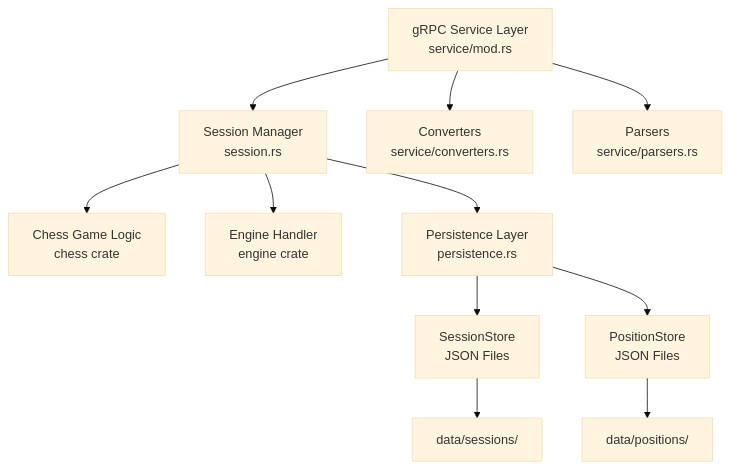
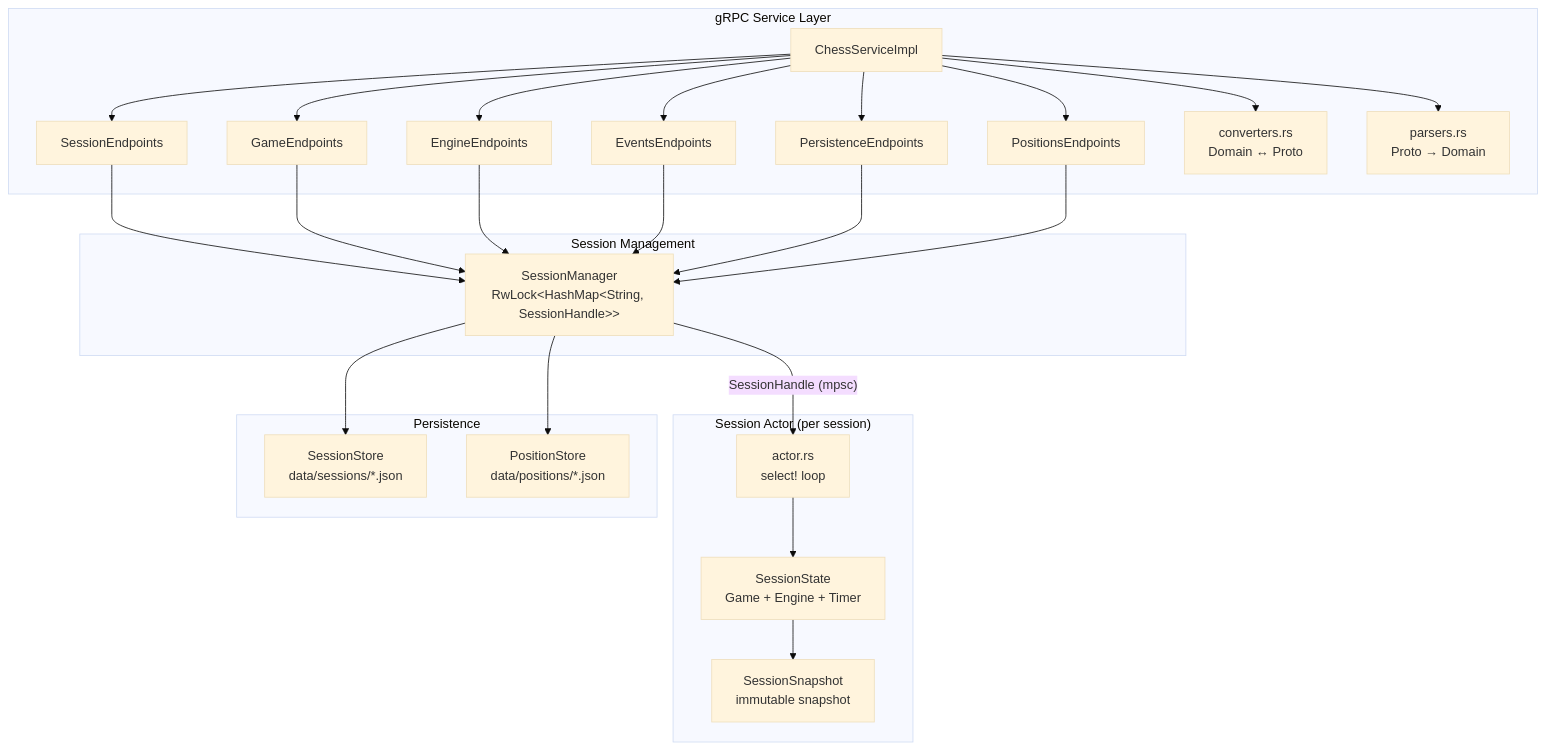
Before and after one commit to benediktms/chesstty: the diagram in server/README.md, drawn with Mermaid (base theme). The commit also changed other lines of this file and 6 other files, not shown here.

````diff
--- a/server/README.md
+++ b/server/README.md
@@ -9,13 +9,37 @@
 ```mermaid
 graph TB
-    gRPC[gRPC Service Layer<br/>service/mod.rs] --> SM[Session Manager<br/>session.rs]
-    gRPC --> Conv[Converters<br/>service/converters.rs]
-    gRPC --> Parse[Parsers<br/>service/parsers.rs]
-    SM --> Game[Chess Game Logic<br/>chess crate]
-    SM --> Engine[Engine Handler<br/>engine crate]
-    SM --> Persist[Persistence Layer<br/>persistence.rs]
-    Persist --> SS[SessionStore<br/>JSON Files]
-    Persist --> PS[PositionStore<br/>JSON Files]
-    SS --> FS1[data/sessions/]
-    PS --> FS2[data/positions/]
+    subgraph "gRPC Service Layer"
+        SVC[ChessServiceImpl]
+        SE[SessionEndpoints]
+        GE[GameEndpoints]
+        EE[EngineEndpoints]
+        EVE[EventsEndpoints]
+        PE[PersistenceEndpoints]
+        POE[PositionsEndpoints]
+        CONV[converters.rs<br/>Domain ↔ Proto]
+        PARSE[parsers.rs<br/>Proto → Domain]
+    end
+
+    subgraph "Session Management"
+        SM[SessionManager<br/>RwLock&lt;HashMap&lt;String, SessionHandle&gt;&gt;]
+    end
+
+    subgraph "Session Actor (per session)"
+        ACTOR[actor.rs<br/>select! loop]
+        STATE[SessionState<br/>Game + Engine + Timer]
+        SNAP[SessionSnapshot<br/>immutable snapshot]
+    end
+
+    subgraph "Persistence"
+        SS[SessionStore<br/>data/sessions/*.json]
+        PS[PositionStore<br/>data/positions/*.json]
+    end
+
+    SVC --> SE & GE & EE & EVE & PE & POE
+    SE & GE & EE & EVE & PE & POE --> SM
+    SVC --> CONV & PARSE
+    SM -->|"SessionHandle (mpsc)"| ACTOR
+    ACTOR --> STATE
+    STATE --> SNAP
+    SM --> SS & PS
 ```
````
